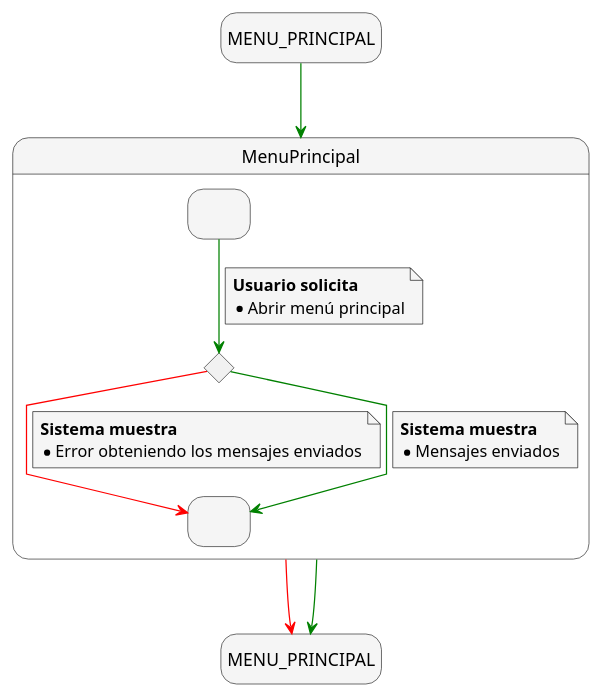
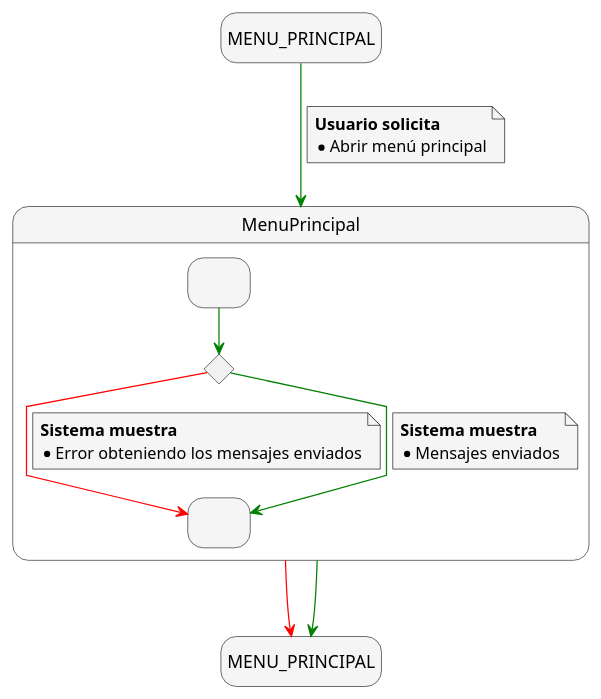
One commit to mmasias/24-25-IdSw1-SDR changed the diagram in docs/casosDeUso/detalladoCasosDeUso/detalladoAbrirMenuPrincipal/detalladoAbrirMenuPrincipal.puml. Above: the diagram before and after it, drawn with PlantUML. The commit also changed 1 other file, not shown here.

Commit message:
Ajuste detalle caso de uso abrir menu principal

```diff
--- a/docs/casosDeUso/detalladoCasosDeUso/detalladoAbrirMenuPrincipal/detalladoAbrirMenuPrincipal.puml
+++ b/docs/casosDeUso/detalladoCasosDeUso/detalladoAbrirMenuPrincipal/detalladoAbrirMenuPrincipal.puml
@@ -1,48 +1,49 @@
 @startuml detalladoAbrirMenuPrincipal
 skinparam {
     NoteBackgroundColor #whiteSmoke
     ArrowColor #green
     NoteBorderColor #black
     linetype polyline
 }
 
 skinparam state {
     BackgroundColor #whiteSmoke
 }
 
 hide empty description
 
 state startState as "MENU_PRINCIPAL"
 state endState as "MENU_PRINCIPAL"
 
 
 startState --> MenuPrincipal
+note on link
+        <b>Usuario solicita</b>
+        * Abrir menú principal
+    end note
 
 state MenuPrincipal {
     state SolicitudAbrirMenu as " "
     state BuscarMensajesEnviados <<choice>>
     state MostrarMensajesEnviados as " "
 
     SolicitudAbrirMenu --> BuscarMensajesEnviados
-    note on link
-        <b>Usuario solicita</b>
-        * Abrir menú principal
-    end note
+    
 
     BuscarMensajesEnviados -[#red]-> MostrarMensajesEnviados
     note on link
         <b>Sistema muestra</b>
         * Error obteniendo los mensajes enviados
     end note
 
     BuscarMensajesEnviados --> MostrarMensajesEnviados
     note on link
         <b>Sistema muestra</b>
         * Mensajes enviados
     end note
 }
 
 MenuPrincipal -[#red]-> endState
 MenuPrincipal --> endState
 
 @enduml
```
